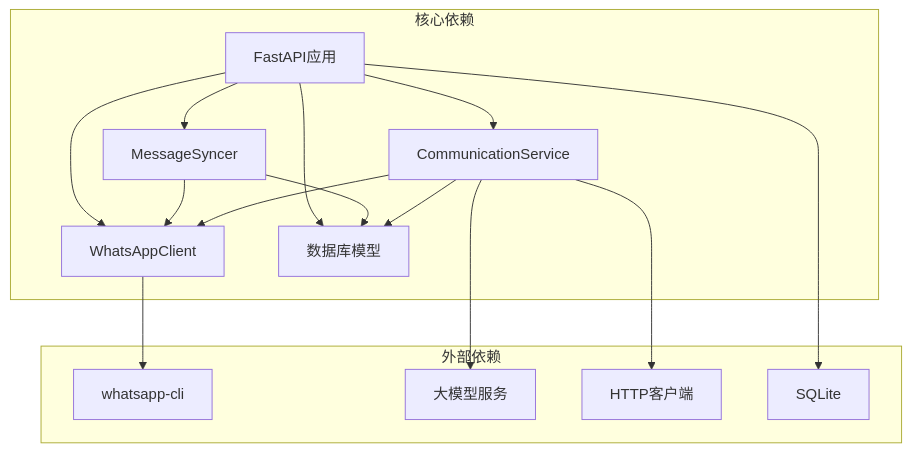
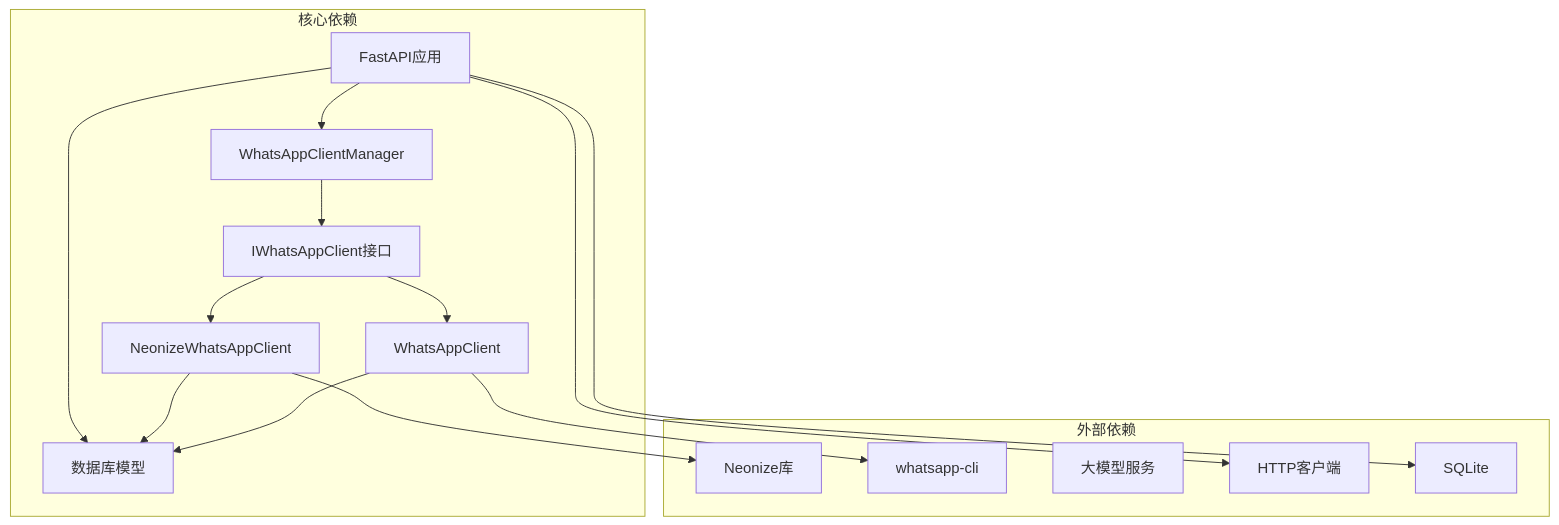
Before and after one commit to 2950730liao-hub/whatsapp-reply: the tenth of 10 diagrams in .qoder/repowiki/zh/content/核心模块/WhatsApp集成模块.md, drawn with Mermaid. The commit also changed other lines of this file and 15 other files, not shown here.

````diff
--- a/.qoder/repowiki/zh/content/核心模块/WhatsApp集成模块.md
+++ b/.qoder/repowiki/zh/content/核心模块/WhatsApp集成模块.md
@@ -456,28 +574,29 @@
 ```mermaid
 graph TB
 subgraph "核心依赖"
-WA[WhatsAppClient]
-MS[MessageSyncer]
-CS[CommunicationService]
+IWA[IWhatsAppClient接口]
+WAM[WhatsAppClientManager]
+NWC[NeonizeWhatsAppClient]
+WAC[WhatsAppClient]
 DB[数据库模型]
 API[FastAPI应用]
 end
 subgraph "外部依赖"
+NEONIZE[Neonize库]
 CLI[whatsapp-cli]
 LLM[大模型服务]
 HTTPX[HTTP客户端]
 SQLITE[SQLite]
 end
-API --> WA
-API --> MS
-API --> CS
+API --> WAM
+WAM --> IWA
+IWA --> NWC
+IWA --> WAC
+NWC --> NEONIZE
+WAC --> CLI
 API --> DB
-MS --> WA
-MS --> DB
-CS --> WA
-CS --> DB
-CS --> LLM
-WA --> CLI
 API --> SQLITE
-CS --> HTTPX
+NWC --> DB
+WAC --> DB
+API --> HTTPX
 ```
````
